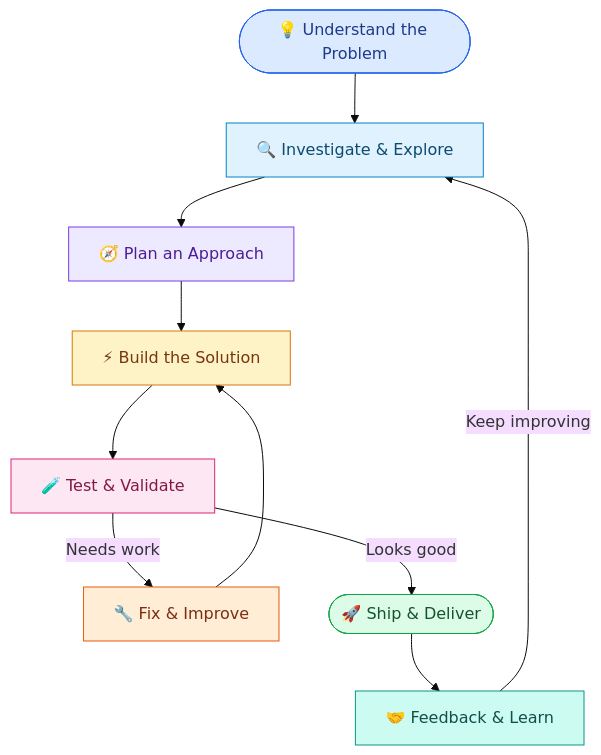
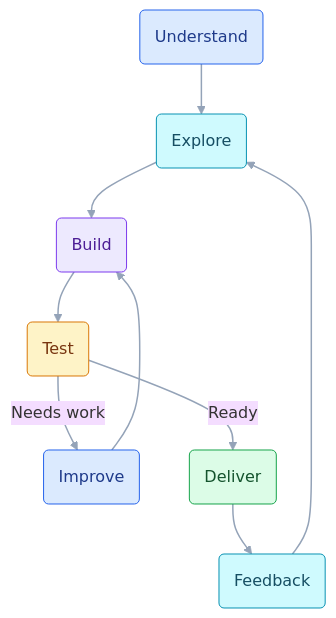
One commit to udaycodespace/udaycodespace changed the second of 2 diagrams in README.md. Above: the diagram before and after it, drawn with Mermaid (base theme). The commit also changed other lines of this file, not shown here.

````diff
--- a/README.md
+++ b/README.md
@@ -274,27 +271,33 @@
 ```mermaid
 flowchart TD
-    A(["💡 Understand the Problem"])
-    B["🔍 Investigate & Explore"]
-    C["🧭 Plan an Approach"]
-    D["⚡ Build the Solution"]
-    E["🧪 Test & Validate"]
-    F["🔧 Fix & Improve"]
-    G(["🚀 Ship & Deliver"])
-    H["🤝 Feedback & Learn"]
+    A("Understand")
+    B("Explore")
+    C("Build")
+    D("Test")
+    E("Improve")
+    F("Deliver")
+    G("Feedback")
 
-    A --> B --> C --> D --> E
-    E -->|Needs work| F
-    F --> D
-    E -->|Looks good| G
-    G --> H
-    H -->|Keep improving| B
+    A --> B --> C --> D
+    D -->|Needs work| E
+    E --> C
+    D -->|Ready| F
+    F --> G
+    G --> B
 
-    style A fill:#dbeafe,stroke:#2563eb,color:#1e3a8a
-    style B fill:#e0f2fe,stroke:#0284c7,color:#0c4a6e
-    style C fill:#ede9fe,stroke:#7c3aed,color:#4c1d95
-    style D fill:#fef3c7,stroke:#d97706,color:#78350f
-    style E fill:#fce7f3,stroke:#db2777,color:#831843
-    style F fill:#ffedd5,stroke:#ea580c,color:#7c2d12
-    style G fill:#dcfce7,stroke:#16a34a,color:#14532d
-    style H fill:#ccfbf1,stroke:#0d9488,color:#134e4a
+    classDef blue fill:#DBEAFE,stroke:#2563EB,color:#1E3A8A
+    classDef cyan fill:#CFFAFE,stroke:#0891B2,color:#164E63
+    classDef violet fill:#EDE9FE,stroke:#7C3AED,color:#4C1D95
+    classDef amber fill:#FEF3C7,stroke:#D97706,color:#78350F
+    classDef green fill:#DCFCE7,stroke:#16A34A,color:#14532D
+
+    class A blue
+    class B cyan
+    class C violet
+    class D amber
+    class E blue
+    class F green
+    class G cyan
+
+    linkStyle default stroke:#94A3B8,stroke-width:1.5px
 ```
````
